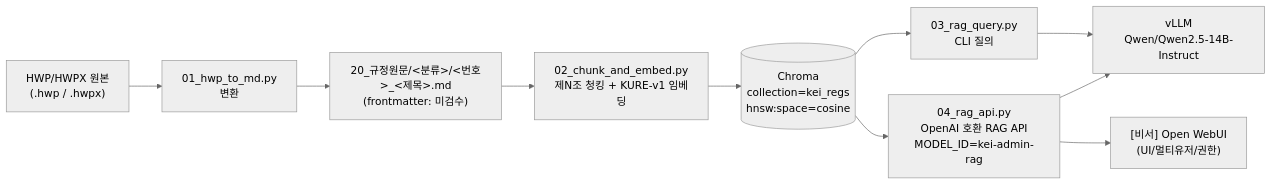
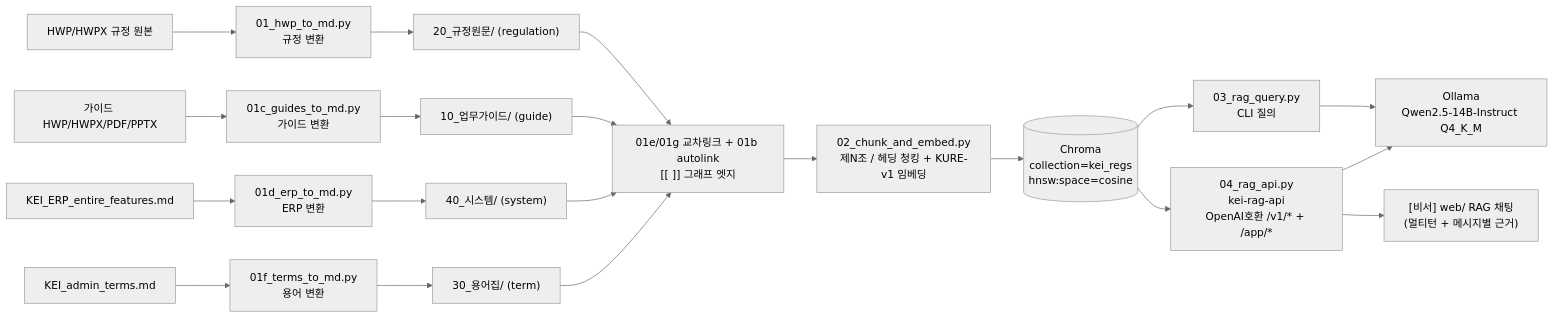
One commit to mooner92/KEIAdminSuperv changed the first of 3 diagrams in docs/04-pipeline.md. Above: the diagram before and after it, drawn with Mermaid (neutral theme). The commit also changed other lines of this file and 6 other files, not shown here.

````diff
--- a/docs/04-pipeline.md
+++ b/docs/04-pipeline.md
@@ -15,12 +15,19 @@
 ```mermaid
 flowchart LR
-    HWP["HWP/HWPX 원본\n(.hwp / .hwpx)"] --> S01["01_hwp_to_md.py\n변환"]
-    S01 --> MD["20_규정원문/<분류>/<번호>_<제목>.md\n(frontmatter: 미검수)"]
-    MD --> S02["02_chunk_and_embed.py\n제N조 청킹 + KURE-v1 임베딩"]
+    HWP["HWP/HWPX 규정 원본"] --> S01["01_hwp_to_md.py\n규정 변환"]
+    GSRC["가이드 HWP/HWPX/PDF/PPTX"] --> S01C["01c_guides_to_md.py\n가이드 변환"]
+    ESRC["KEI_ERP_entire_features.md"] --> S01D["01d_erp_to_md.py\nERP 변환"]
+    TSRC["KEI_admin_terms.md"] --> S01F["01f_terms_to_md.py\n용어 변환"]
+    S01 --> MDR["20_규정원문/ (regulation)"]
+    S01C --> MDG["10_업무가이드/ (guide)"]
+    S01D --> MDS["40_시스템/ (system)"]
+    S01F --> MDT["30_용어집/ (term)"]
+    MDR & MDG & MDS & MDT --> XLINK["01e/01g 교차링크 + 01b autolink\n[[ ]] 그래프 엣지"]
+    XLINK --> S02["02_chunk_and_embed.py\n제N조 / 헤딩 청킹 + KURE-v1 임베딩"]
     S02 --> CHROMA[("Chroma\ncollection=kei_regs\nhnsw:space=cosine")]
     CHROMA --> S03["03_rag_query.py\nCLI 질의"]
-    CHROMA --> S04["04_rag_api.py\nOpenAI 호환 RAG API\nMODEL_ID=kei-admin-rag"]
-    S03 --> VLLM["vLLM\nQwen/Qwen2.5-14B-Instruct"]
-    S04 --> VLLM
-    S04 --> OWUI["[비서] Open WebUI\n(UI/멀티유저/권한)"]
+    CHROMA --> S04["04_rag_api.py\nkei-rag-api\nOpenAI호환 /v1/* + /app/*"]
+    S03 --> LLM["Ollama\nQwen2.5-14B-Instruct Q4_K_M"]
+    S04 --> LLM
+    S04 --> WEB["[비서] web/ RAG 채팅\n(멀티턴 + 메시지별 근거)"]
 ```
````
